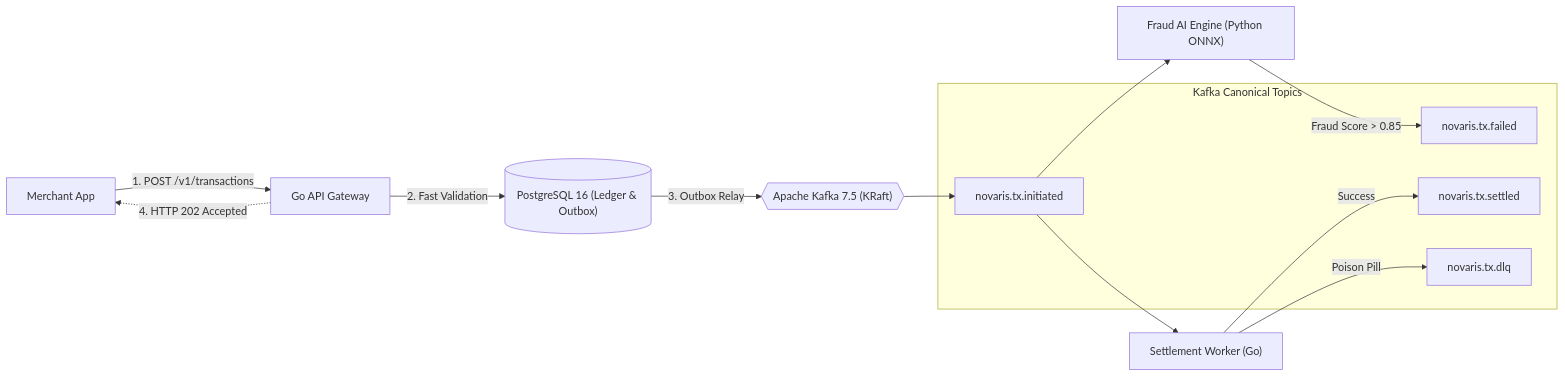
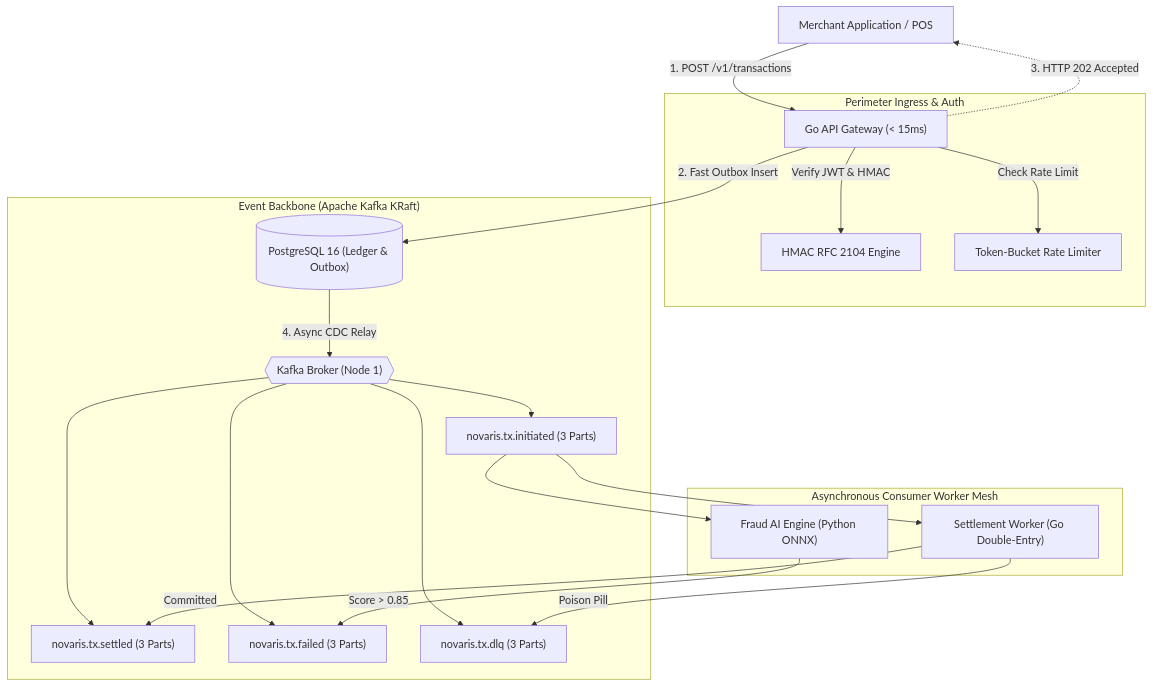
One commit to charan21042005/novaris changed the second of 9 diagrams in bin/Daily_Actions/Phase_2_Streaming_Core/Day_15_Action_Log.md. Above: the diagram before and after it, drawn with Mermaid. The commit also changed other lines of this file, not shown here.

````diff
--- a/bin/Daily_Actions/Phase_2_Streaming_Core/Day_15_Action_Log.md
+++ b/bin/Daily_Actions/Phase_2_Streaming_Core/Day_15_Action_Log.md
@@ -451,21 +652,28 @@
 ```mermaid
-flowchart LR
-    Client["Merchant App"] -->|1. POST /v1/transactions| GW["Go API Gateway"]
-    GW -->|2. Fast Validation| DB[("PostgreSQL 16 (Ledger & Outbox)")]
-    DB -->|3. Outbox Relay| KAFKA{{"Apache Kafka 7.5 (KRaft)"}}
-    GW -.->|4. HTTP 202 Accepted| Client
-
-    subgraph TOPICS["Kafka Canonical Topics"]
-        T_INIT["novaris.tx.initiated"]
-        T_SETTLED["novaris.tx.settled"]
-        T_FAILED["novaris.tx.failed"]
-        T_DLQ["novaris.tx.dlq"]
+flowchart TD
+    Client["Merchant Application / POS"] -->|1. POST /v1/transactions| GW["Go API Gateway (< 15ms)"]
+    
+    subgraph INGRESS["Perimeter Ingress & Auth"]
+        GW -->|Verify JWT & HMAC| Auth["HMAC RFC 2104 Engine"]
+        GW -->|Check Rate Limit| RL["Token-Bucket Rate Limiter"]
     end
 
-    KAFKA --> T_INIT
-    T_INIT --> ML["Fraud AI Engine (Python ONNX)"]
-    T_INIT --> SETTLE["Settlement Worker (Go)"]
-    SETTLE -->|Success| T_SETTLED
-    ML -->|Fraud Score > 0.85| T_FAILED
-    SETTLE -->|Poison Pill| T_DLQ
+    GW -->|2. Fast Outbox Insert| DB[("PostgreSQL 16 (Ledger & Outbox)")]
+    GW -.->|3. HTTP 202 Accepted| Client
+
+    subgraph STREAMING["Event Backbone (Apache Kafka KRaft)"]
+        DB -->|4. Async CDC Relay| KAFKA{{"Kafka Broker (Node 1)"}}
+        KAFKA --> T_INIT["novaris.tx.initiated (3 Parts)"]
+        KAFKA --> T_SETTLED["novaris.tx.settled (3 Parts)"]
+        KAFKA --> T_FAILED["novaris.tx.failed (3 Parts)"]
+        KAFKA --> T_DLQ["novaris.tx.dlq (3 Parts)"]
+    end
+
+    subgraph WORKERS["Asynchronous Consumer Worker Mesh"]
+        T_INIT --> ML["Fraud AI Engine (Python ONNX)"]
+        T_INIT --> SETTLE["Settlement Worker (Go Double-Entry)"]
+        SETTLE -->|Committed| T_SETTLED
+        ML -->|Score > 0.85| T_FAILED
+        SETTLE -->|Poison Pill| T_DLQ
+    end
 ```
````
